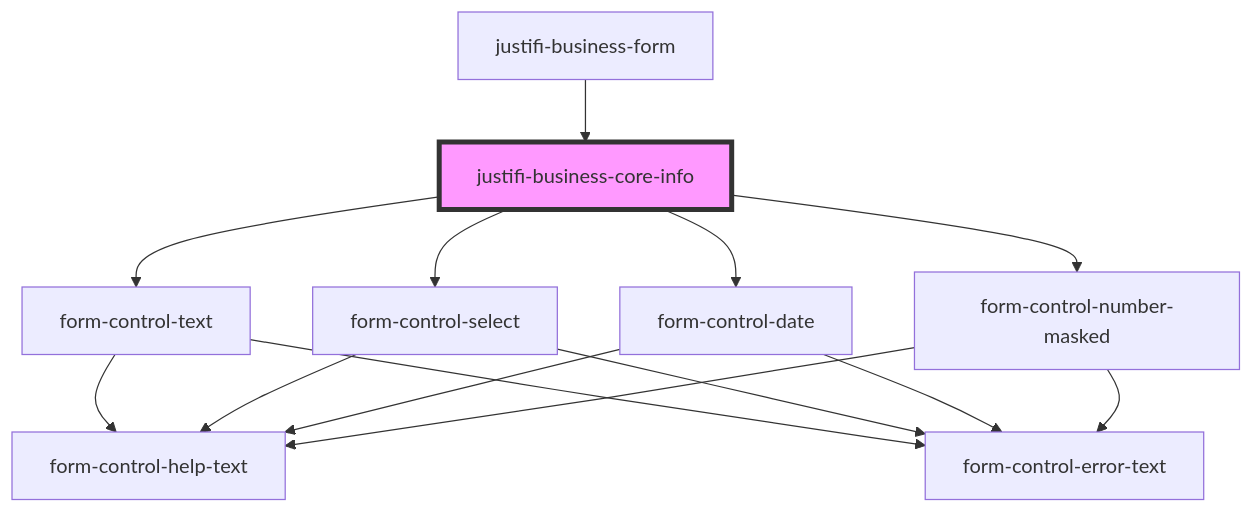
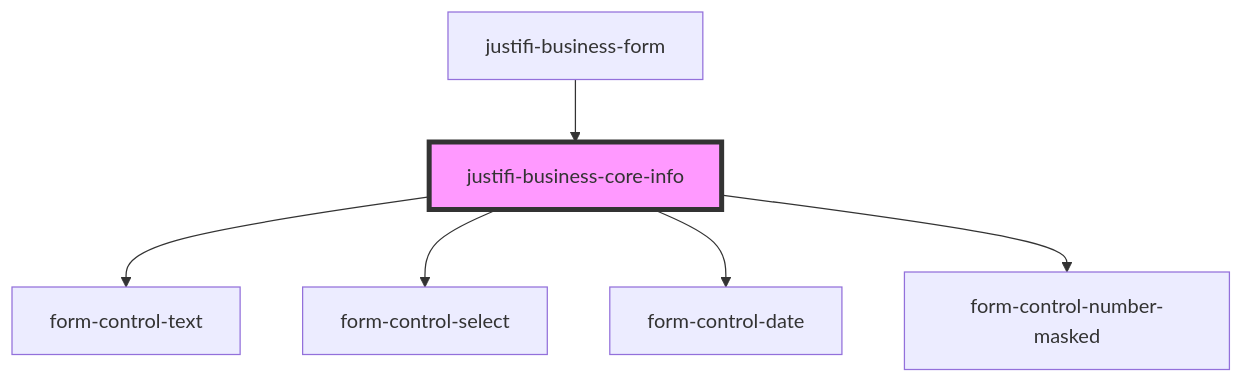
Before and after one commit to justifi-tech/web-component-library: the diagram in packages/webcomponents/src/components/business-forms/business-form/business-core-info/readme.md, drawn with Mermaid. The commit also changed 71 other files, not shown here.

````diff
--- a/packages/webcomponents/src/components/business-forms/business-form/business-core-info/readme.md
+++ b/packages/webcomponents/src/components/business-forms/business-form/business-core-info/readme.md
@@ -42,17 +42,9 @@
 ```mermaid
 graph TD;
   justifi-business-core-info --> form-control-text
   justifi-business-core-info --> form-control-select
   justifi-business-core-info --> form-control-date
   justifi-business-core-info --> form-control-number-masked
-  form-control-text --> form-control-help-text
-  form-control-text --> form-control-error-text
-  form-control-select --> form-control-help-text
-  form-control-select --> form-control-error-text
-  form-control-date --> form-control-help-text
-  form-control-date --> form-control-error-text
-  form-control-number-masked --> form-control-help-text
-  form-control-number-masked --> form-control-error-text
   justifi-business-form --> justifi-business-core-info
   style justifi-business-core-info fill:#f9f,stroke:#333,stroke-width:4px
 ```
````
